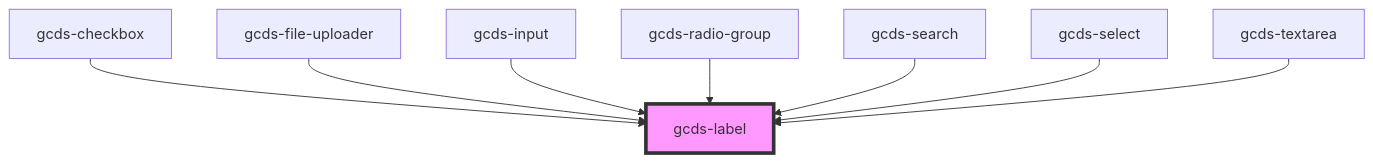
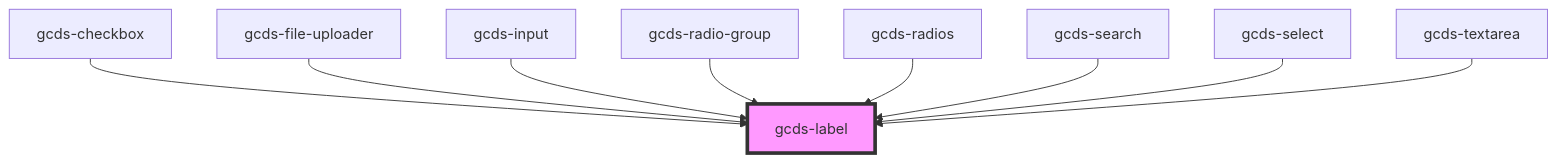
Before and after one commit to cds-snc/gcds-components: the diagram in packages/web/src/components/gcds-label/readme.md, drawn with Mermaid. The commit also changed other lines of this file and 10 other files, not shown here.

Commit message:
Add gcds-radios to storybook

````diff
--- a/packages/web/src/components/gcds-label/readme.md
+++ b/packages/web/src/components/gcds-label/readme.md
@@ -31,11 +32,12 @@
 ```mermaid
 graph TD;
   gcds-checkbox --> gcds-label
   gcds-file-uploader --> gcds-label
   gcds-input --> gcds-label
   gcds-radio-group --> gcds-label
+  gcds-radios --> gcds-label
   gcds-search --> gcds-label
   gcds-select --> gcds-label
   gcds-textarea --> gcds-label
   style gcds-label fill:#f9f,stroke:#333,stroke-width:4px
 ```
````
